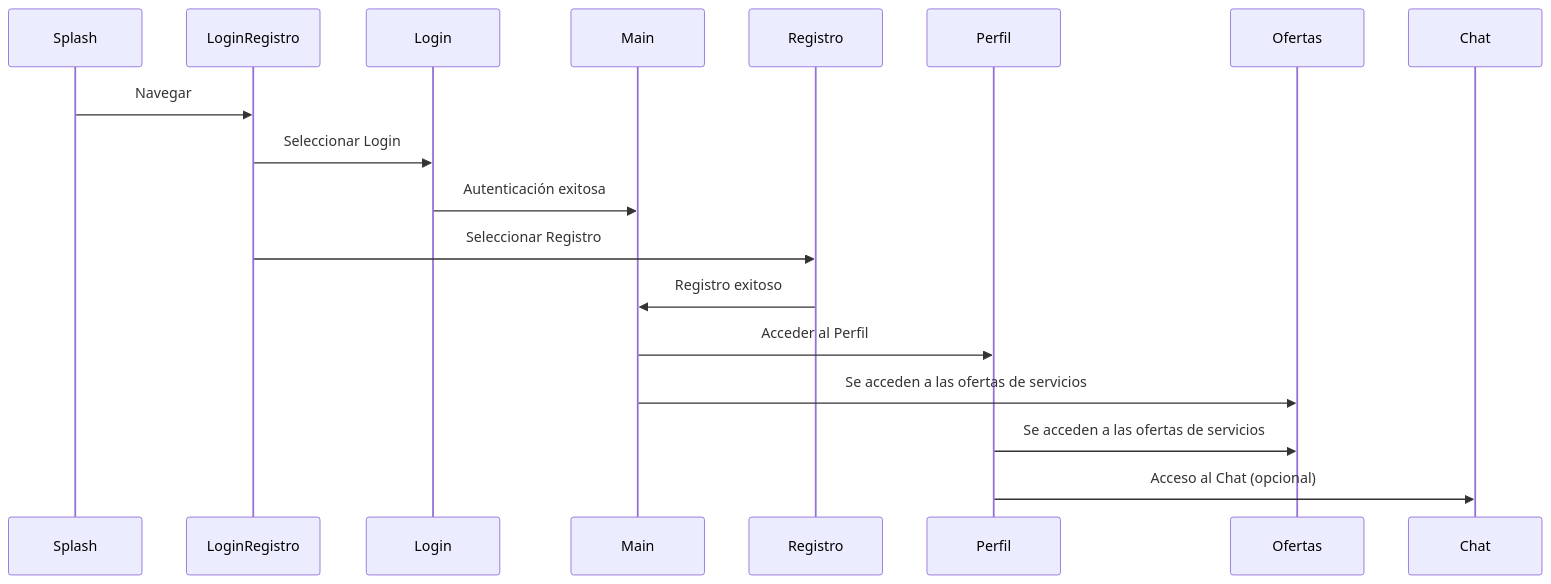
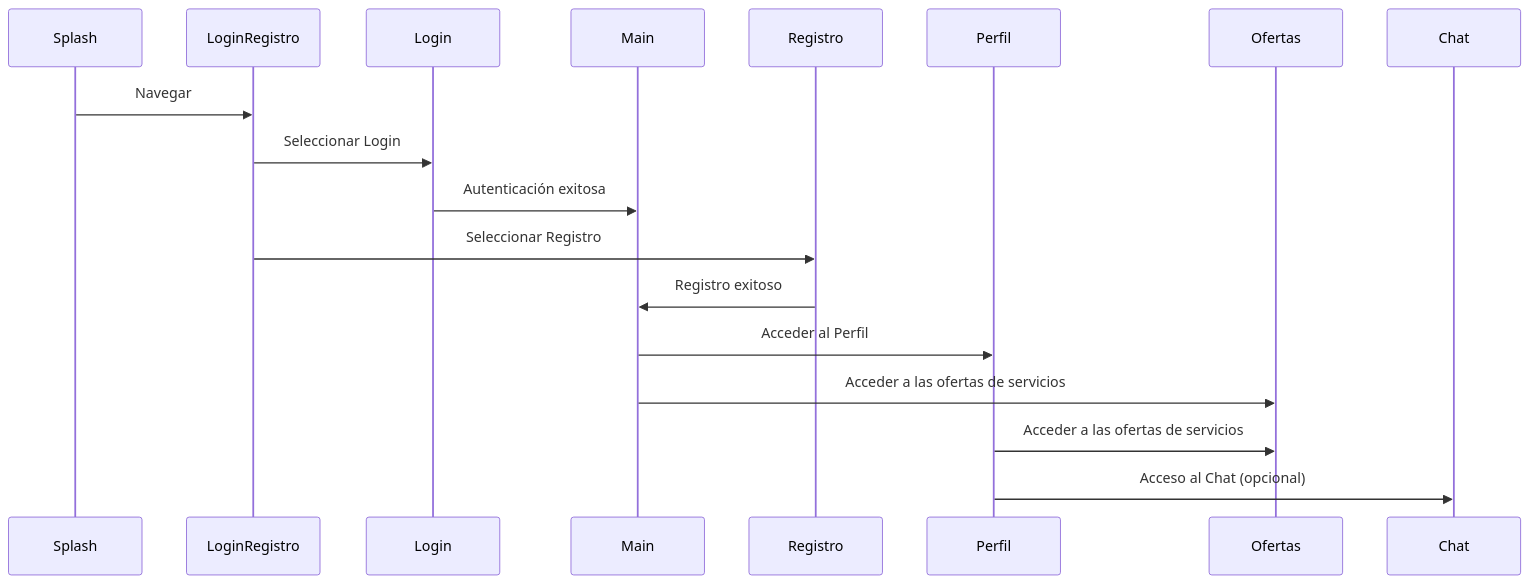
The diagram in README.MD (alexpepon2426/JustHelp), drawn with Mermaid before and after one commit. The commit also changed other lines of this file, not shown here.

````diff
--- a/README.MD
+++ b/README.MD
@@ -10,17 +11,12 @@
 ```mermaid
 sequenceDiagram
 Splash->>LoginRegistro: Navegar
-
 LoginRegistro->>Login: Seleccionar Login
-
 Login->>Main: Autenticación exitosa
-
 LoginRegistro->>Registro: Seleccionar Registro
-
 Registro->>Main: Registro exitoso
-
 Main->>Perfil: Acceder al Perfil
-Main->>Ofertas: Se acceden a las ofertas de servicios
-Perfil->>Ofertas: Se acceden a las ofertas de servicios
+Main->>Ofertas: Acceder a las ofertas de servicios
+Perfil->>Ofertas: Acceder a las ofertas de servicios
 Perfil->>Chat: Acceso al Chat (opcional)
 ```
````
